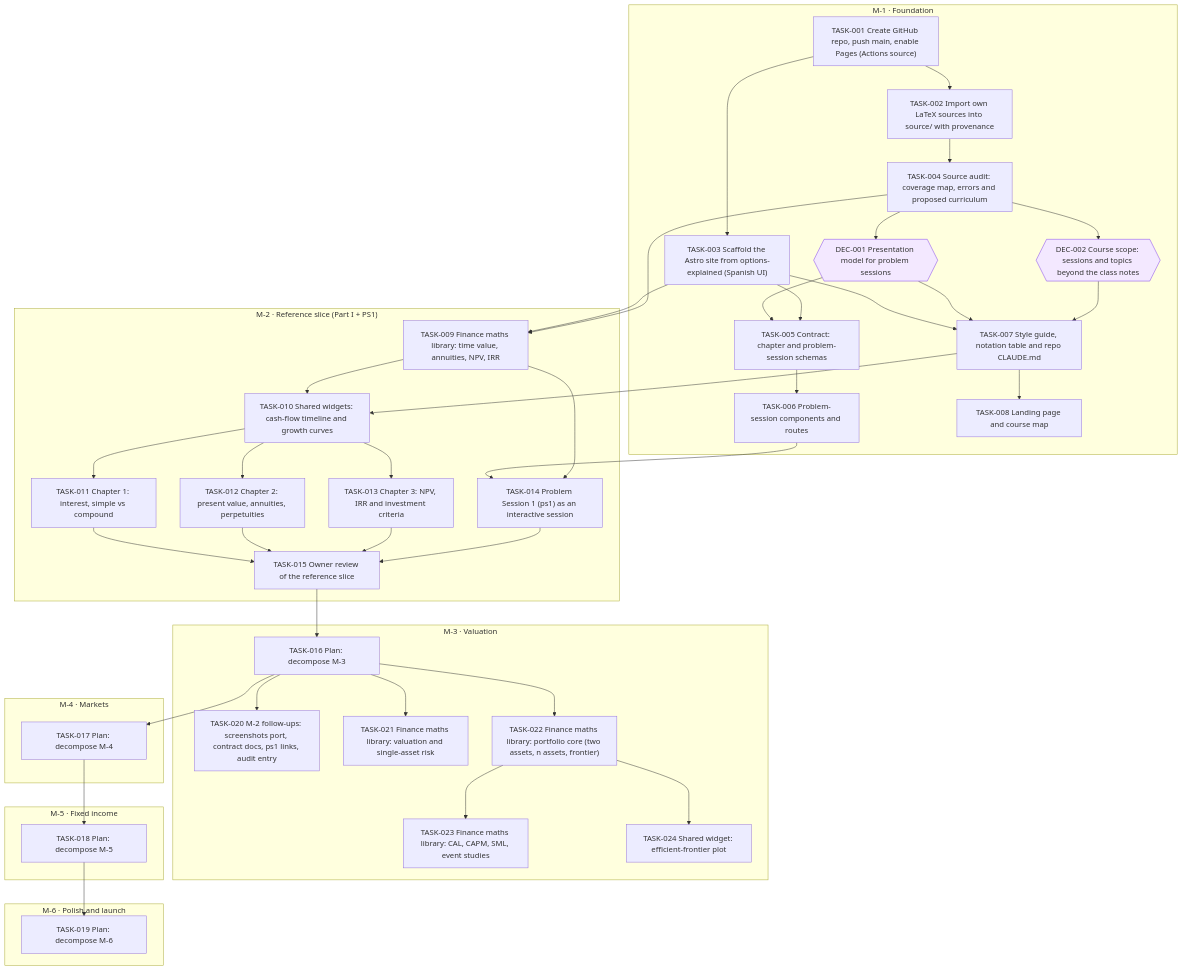
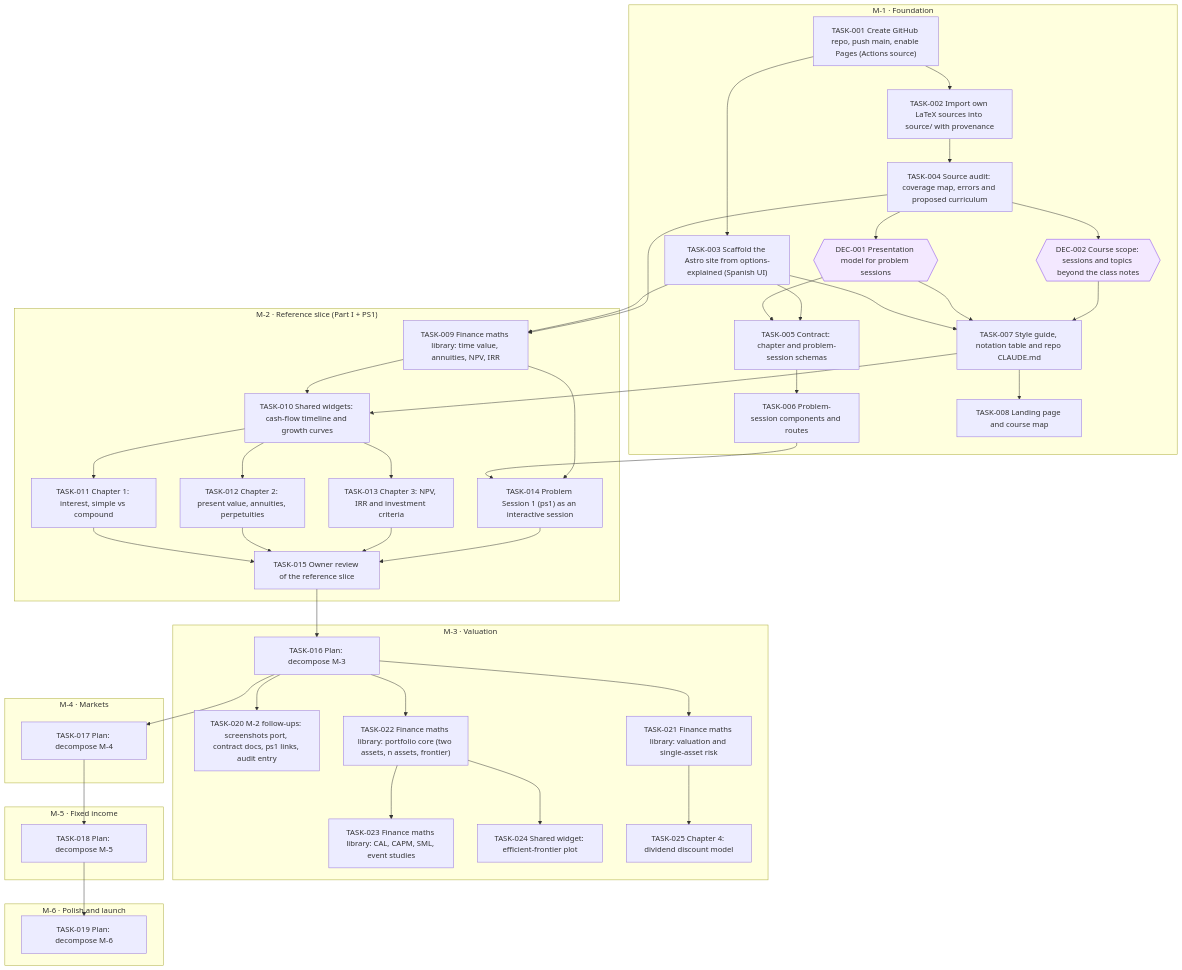
Before and after one commit to jesusvillota/economia-financiera: the diagram in goals/course-site/README.md, drawn with Mermaid. The commit also changed 1 other file, not shown here.

Commit message:
goal(course-site): add TASK-025 Chapter 4: dividend discount model

````diff
--- a/goals/course-site/README.md
+++ b/goals/course-site/README.md
@@ -35,80 +35,82 @@
 ```mermaid
 flowchart TD
   subgraph M_1["M-1 · Foundation"]
     DEC_001{{"DEC-001 Presentation model for problem sessions"}}
     DEC_002{{"DEC-002 Course scope: sessions and topics beyond the class notes"}}
     TASK_001["TASK-001 Create GitHub repo, push main, enable Pages (Actions source)"]
     TASK_002["TASK-002 Import own LaTeX sources into source/ with provenance"]
     TASK_003["TASK-003 Scaffold the Astro site from options-explained (Spanish UI)"]
     TASK_004["TASK-004 Source audit: coverage map, errors and proposed curriculum"]
     TASK_005["TASK-005 Contract: chapter and problem-session schemas"]
     TASK_006["TASK-006 Problem-session components and routes"]
     TASK_007["TASK-007 Style guide, notation table and repo CLAUDE.md"]
     TASK_008["TASK-008 Landing page and course map"]
   end
   subgraph M_2["M-2 · Reference slice (Part I + PS1)"]
     TASK_009["TASK-009 Finance maths library: time value, annuities, NPV, IRR"]
     TASK_010["TASK-010 Shared widgets: cash-flow timeline and growth curves"]
     TASK_011["TASK-011 Chapter 1: interest, simple vs compound"]
     TASK_012["TASK-012 Chapter 2: present value, annuities, perpetuities"]
     TASK_013["TASK-013 Chapter 3: NPV, IRR and investment criteria"]
     TASK_014["TASK-014 Problem Session 1 (ps1) as an interactive session"]
     TASK_015["TASK-015 Owner review of the reference slice"]
   end
   subgraph M_3["M-3 · Valuation"]
     TASK_016["TASK-016 Plan: decompose M-3"]
     TASK_020["TASK-020 M-2 follow-ups: screenshots port, contract docs, ps1 links, audit entry"]
     TASK_021["TASK-021 Finance maths library: valuation and single-asset risk"]
     TASK_022["TASK-022 Finance maths library: portfolio core (two assets, n assets, frontier)"]
     TASK_023["TASK-023 Finance maths library: CAL, CAPM, SML, event studies"]
     TASK_024["TASK-024 Shared widget: efficient-frontier plot"]
+    TASK_025["TASK-025 Chapter 4: dividend discount model"]
   end
   subgraph M_4["M-4 · Markets"]
     TASK_017["TASK-017 Plan: decompose M-4"]
   end
   subgraph M_5["M-5 · Fixed income"]
     TASK_018["TASK-018 Plan: decompose M-5"]
   end
   subgraph M_6["M-6 · Polish and launch"]
     TASK_019["TASK-019 Plan: decompose M-6"]
   end
   TASK_004 --> DEC_001
   TASK_004 --> DEC_002
   TASK_001 --> TASK_002
   TASK_001 --> TASK_003
   TASK_002 --> TASK_004
   DEC_001 --> TASK_005
   TASK_003 --> TASK_005
   TASK_005 --> TASK_006
   TASK_003 --> TASK_007
   DEC_001 --> TASK_007
   DEC_002 --> TASK_007
   TASK_007 --> TASK_008
   TASK_003 --> TASK_009
   TASK_004 --> TASK_009
   TASK_007 --> TASK_010
   TASK_009 --> TASK_010
   TASK_010 --> TASK_011
   TASK_010 --> TASK_012
   TASK_010 --> TASK_013
   TASK_006 --> TASK_014
   TASK_009 --> TASK_014
   TASK_011 --> TASK_015
   TASK_012 --> TASK_015
   TASK_013 --> TASK_015
   TASK_014 --> TASK_015
   TASK_015 --> TASK_016
   TASK_016 --> TASK_017
   TASK_017 --> TASK_018
   TASK_018 --> TASK_019
   TASK_016 --> TASK_020
   TASK_016 --> TASK_021
   TASK_016 --> TASK_022
   TASK_022 --> TASK_023
   TASK_022 --> TASK_024
+  TASK_021 --> TASK_025
   classDef draft stroke-dasharray: 4 3
   classDef cancelled opacity:0.45
   classDef decision fill:#f3e8ff,stroke:#7c3aed
   class DEC_001 decision
   class DEC_002 decision
 ```
````
